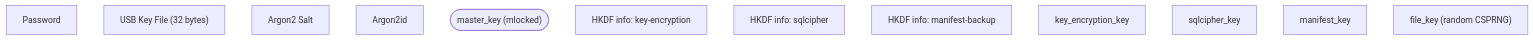
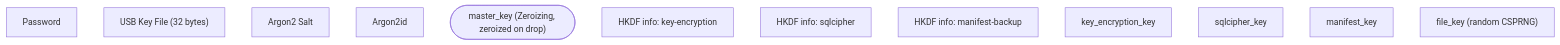
The first of 4 diagrams in docs/notes/rapport-forklaringer.md (salgaard/arx-runa), drawn with Mermaid before and after one commit. The commit also changed 19 other files, not shown here.

````diff
--- a/docs/notes/rapport-forklaringer.md
+++ b/docs/notes/rapport-forklaringer.md
@@ -82,15 +82,15 @@
 ```mermaid
 flowchart TD
     PW["Password"]
     KF["USB Key File (32 bytes)"]
     SALT["Argon2 Salt"]
     ARGON["Argon2id"]
-    MK_NODE(["master_key (mlocked)"])
+    MK_NODE(["master_key (Zeroizing, zeroized on drop)"])
     HKDF1["HKDF info: key-encryption"]
     HKDF2["HKDF info: sqlcipher"]
     HKDF3["HKDF info: manifest-backup"]
     KEK["key_encryption_key"]
     SK["sqlcipher_key"]
     MK["manifest_key"]
     FK["file_key (random CSPRNG)"]
 ```
````
